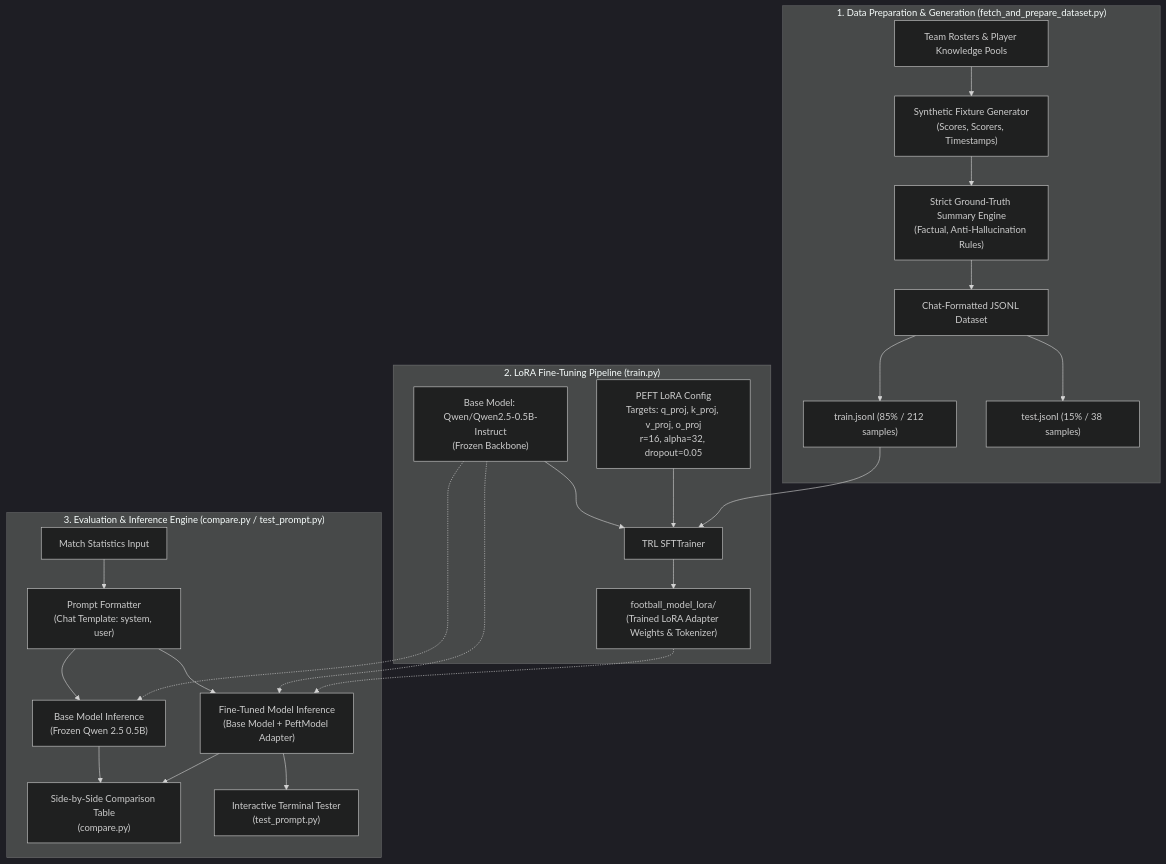
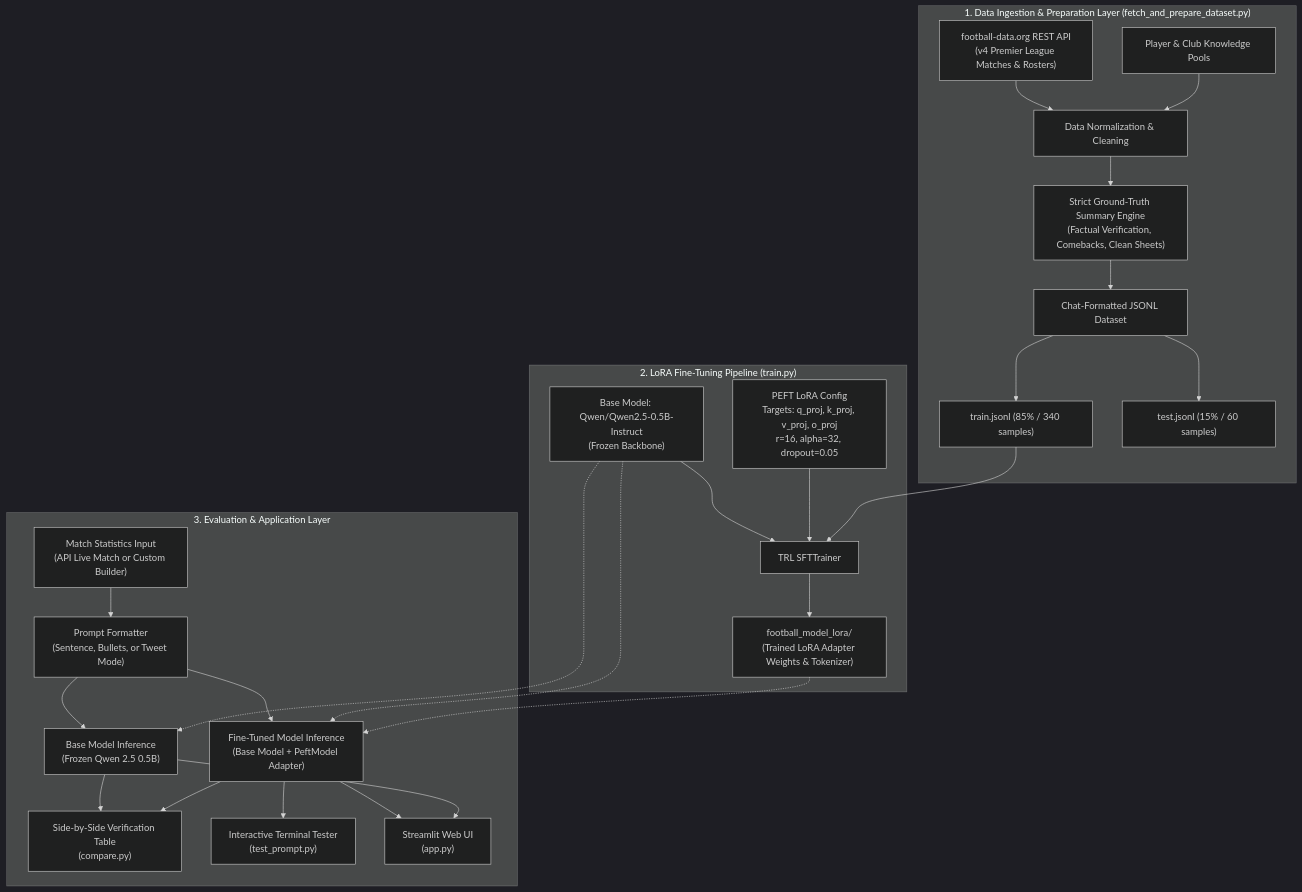
The diagram in README.md (enoch1472/Match-Commentator), drawn with Mermaid (dark theme) before and after one commit. The commit also changed other lines of this file and 6 other files, not shown here.

Commit message:
Integrate football-data.org API and build Streamlit web dashboard

````diff
--- a/README.md
+++ b/README.md
@@ -21,29 +21,32 @@
 ```mermaid
 flowchart TD
-    subgraph DataPrep["1. Data Preparation & Generation (fetch_and_prepare_dataset.py)"]
-        A["Team Rosters & Player Knowledge Pools"] --> B["Synthetic Fixture Generator\n(Scores, Scorers, Timestamps)"]
-        B --> C["Strict Ground-Truth Summary Engine\n(Factual, Anti-Hallucination Rules)"]
+    subgraph DataPrep["1. Data Ingestion & Preparation Layer (fetch_and_prepare_dataset.py)"]
+        API["football-data.org REST API\n(v4 Premier League Matches & Rosters)"] --> B["Data Normalization & Cleaning"]
+        KPOOL["Player & Club Knowledge Pools"] --> B
+        B --> C["Strict Ground-Truth Summary Engine\n(Factual Verification, Comebacks, Clean Sheets)"]
         C --> D["Chat-Formatted JSONL Dataset"]
-        D --> D1["train.jsonl (85% / 212 samples)"]
-        D --> D2["test.jsonl (15% / 38 samples)"]
+        D --> D1["train.jsonl (85% / 340 samples)"]
+        D --> D2["test.jsonl (15% / 60 samples)"]
     end
 
     subgraph Training["2. LoRA Fine-Tuning Pipeline (train.py)"]
         E["Base Model: Qwen/Qwen2.5-0.5B-Instruct\n(Frozen Backbone)"] --> G["TRL SFTTrainer"]
         F["PEFT LoRA Config\nTargets: q_proj, k_proj, v_proj, o_proj\nr=16, alpha=32, dropout=0.05"] --> G
         D1 --> G
         G --> H["football_model_lora/\n(Trained LoRA Adapter Weights & Tokenizer)"]
     end
 
-    subgraph Inference["3. Evaluation & Inference Engine (compare.py / test_prompt.py)"]
-        I["Match Statistics Input"] --> J["Prompt Formatter\n(Chat Template: system, user)"]
+    subgraph Inference["3. Evaluation & Application Layer"]
+        I["Match Statistics Input\n(API Live Match or Custom Builder)"] --> J["Prompt Formatter\n(Sentence, Bullets, or Tweet Mode)"]
         J --> K["Base Model Inference\n(Frozen Qwen 2.5 0.5B)"]
         J --> L["Fine-Tuned Model Inference\n(Base Model + PeftModel Adapter)"]
         E -.-> K
         E -.-> L
         H -.-> L
-        K --> M["Side-by-Side Comparison Table\n(compare.py)"]
+        K --> M["Side-by-Side Verification Table\n(compare.py)"]
         L --> M
         L --> N["Interactive Terminal Tester\n(test_prompt.py)"]
+        L --> O["Streamlit Web UI\n(app.py)"]
+        K --> O
     end
 ```
````
